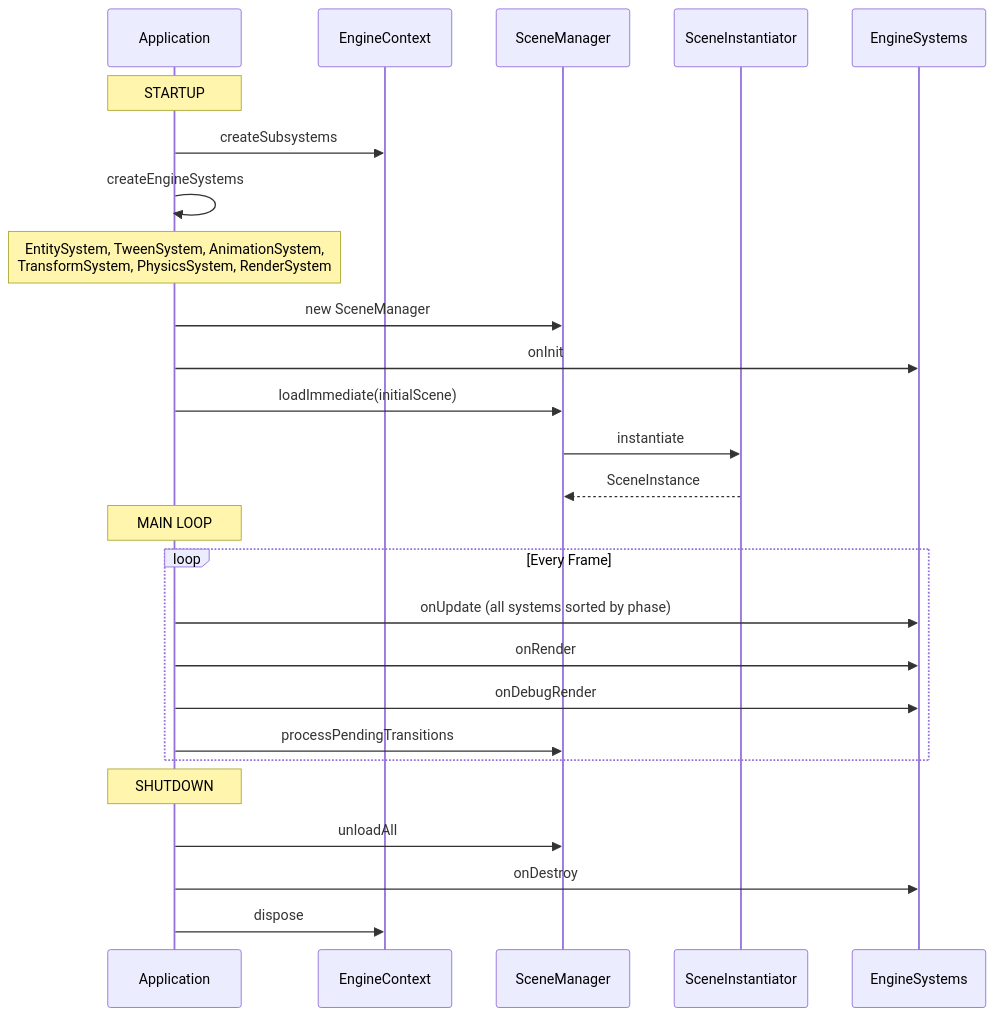
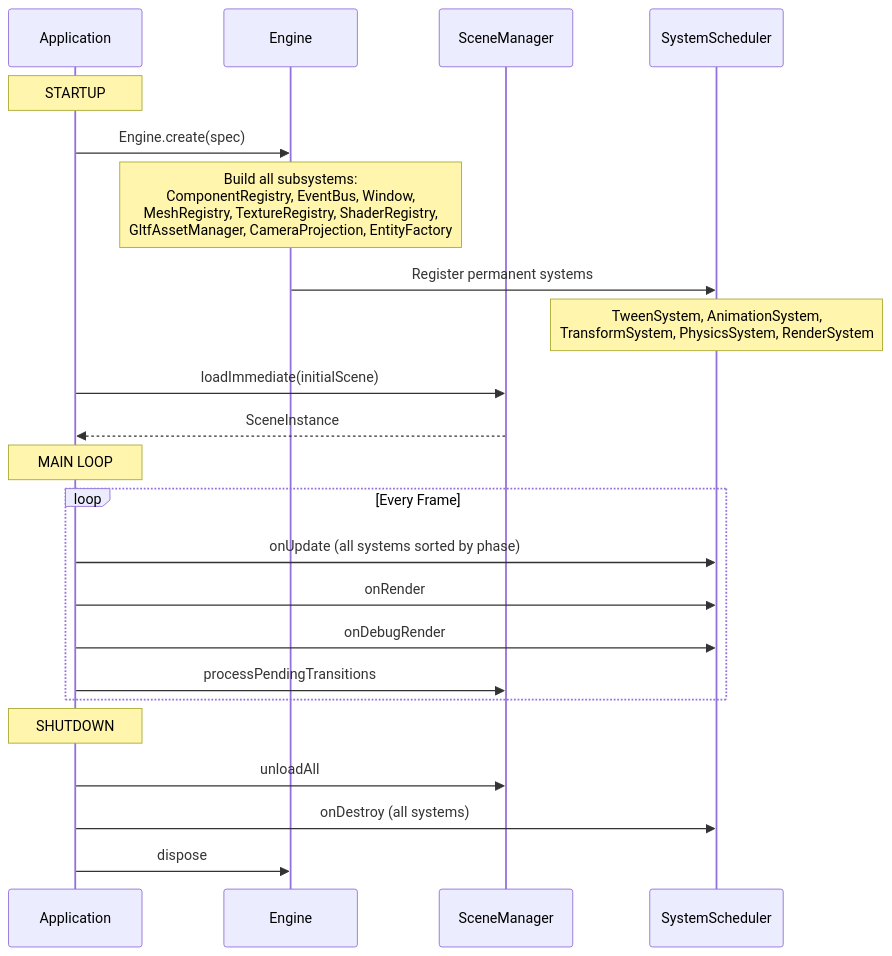
Before and after one commit to Chapslock/neon-racer: the fifth of 9 diagrams in README.md, drawn with Mermaid. The commit also changed other lines of this file and 1 other file, not shown here.

Commit message:
docs: rewrite README to match current architecture

````diff
--- a/README.md
+++ b/README.md
@@ -84,31 +100,28 @@
 ```mermaid
 sequenceDiagram
     participant App as Application
-    participant EC as EngineContext
+    participant Eng as Engine
     participant SM as SceneManager
-    participant SI as SceneInstantiator
-    participant ES as EngineSystems
+    participant SS as SystemScheduler
 
     Note over App: STARTUP
-    App->>EC: createSubsystems
-    App->>App: createEngineSystems
-    Note over App: EntitySystem, TweenSystem, AnimationSystem,<br/>TransformSystem, PhysicsSystem, RenderSystem
-    App->>SM: new SceneManager
-    App->>ES: onInit
+    App->>Eng: Engine.create(spec)
+    Note over Eng: Build all subsystems:<br/>ComponentRegistry, EventBus, Window,<br/>MeshRegistry, TextureRegistry, ShaderRegistry,<br/>GltfAssetManager, CameraProjection, EntityFactory
+    Eng->>SS: Register permanent systems
+    Note over SS: TweenSystem, AnimationSystem,<br/>TransformSystem, PhysicsSystem, RenderSystem
     App->>SM: loadImmediate(initialScene)
-    SM->>SI: instantiate
-    SI-->>SM: SceneInstance
+    SM-->>App: SceneInstance
 
     Note over App: MAIN LOOP
     loop Every Frame
-        App->>ES: onUpdate (all systems sorted by phase)
-        App->>ES: onRender
-        App->>ES: onDebugRender
+        App->>SS: onUpdate (all systems sorted by phase)
+        App->>SS: onRender
+        App->>SS: onDebugRender
         App->>SM: processPendingTransitions
     end
 
     Note over App: SHUTDOWN
     App->>SM: unloadAll
-    App->>ES: onDestroy
-    App->>EC: dispose
+    App->>SS: onDestroy (all systems)
+    App->>Eng: dispose
 ```
````
